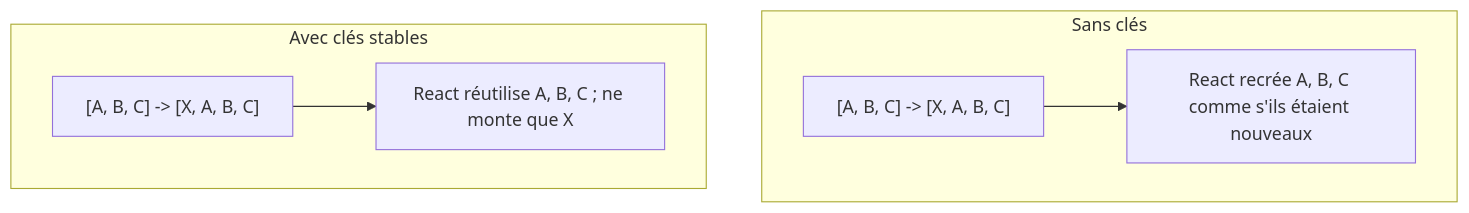
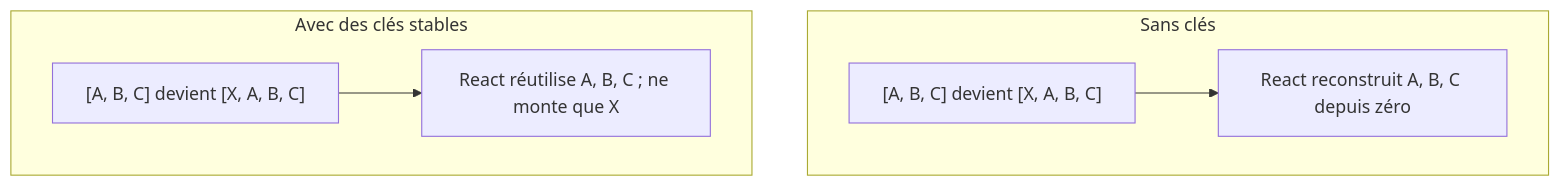
One commit to BabaScience/react-guides changed the ninth of 10 diagrams in arguments/chapters/fr/01-fundamentals.md. Above: the diagram before and after it, drawn with Mermaid. The commit also changed other lines of this file and 46 other files, not shown here.

````diff
--- a/arguments/chapters/fr/01-fundamentals.md
+++ b/arguments/chapters/fr/01-fundamentals.md
@@ -303,9 +1076,9 @@
 ```mermaid
 graph TD
-    subgraph SansCles["Sans clés"]
-        A1["[A, B, C] -&gt; [X, A, B, C]"] --> A2[React recrée A, B, C comme s'ils étaient nouveaux]
+    subgraph WithoutKeys["Sans clés"]
+        A1["[A, B, C] devient [X, A, B, C]"] --> A2[React reconstruit A, B, C depuis zéro]
     end
-    subgraph AvecCles["Avec clés stables"]
-        B1["[A, B, C] -&gt; [X, A, B, C]"] --> B2[React réutilise A, B, C ; ne monte que X]
+    subgraph WithKeys["Avec des clés stables"]
+        B1["[A, B, C] devient [X, A, B, C]"] --> B2[React réutilise A, B, C ; ne monte que X]
     end
 ```
````
